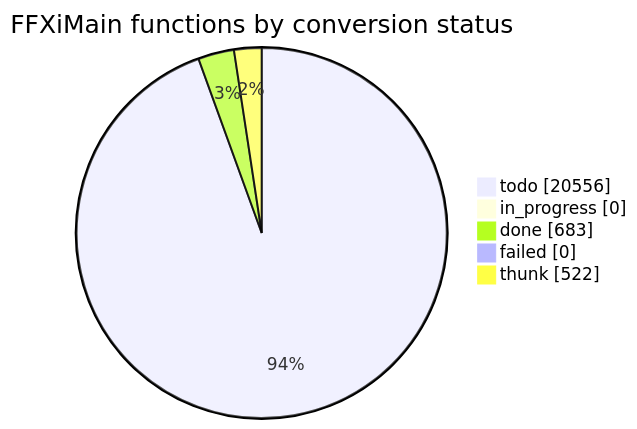
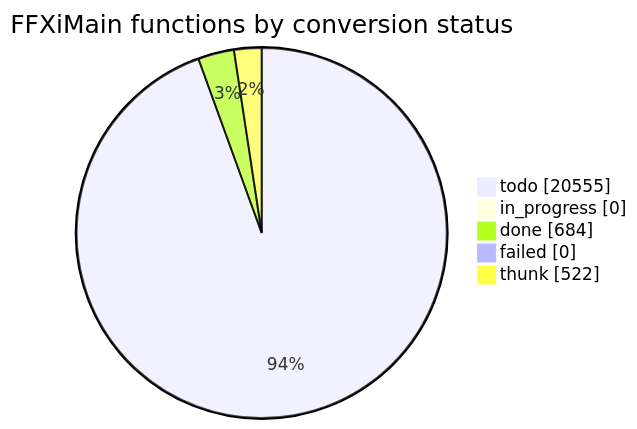
The diagram in docs/cow/STATUS.md (cowrevenge/cow_kuluu_xi_anything), drawn with Mermaid before and after one commit. The commit also changed other lines of this file and 9 other files, not shown here.

````diff
--- a/docs/cow/STATUS.md
+++ b/docs/cow/STATUS.md
@@ -18,9 +18,9 @@
 ```mermaid
 pie showData
     title FFXiMain functions by conversion status
-    "todo" : 20556
+    "todo" : 20555
     "in_progress" : 0
-    "done" : 683
+    "done" : 684
     "failed" : 0
     "thunk" : 522
 ```
````
